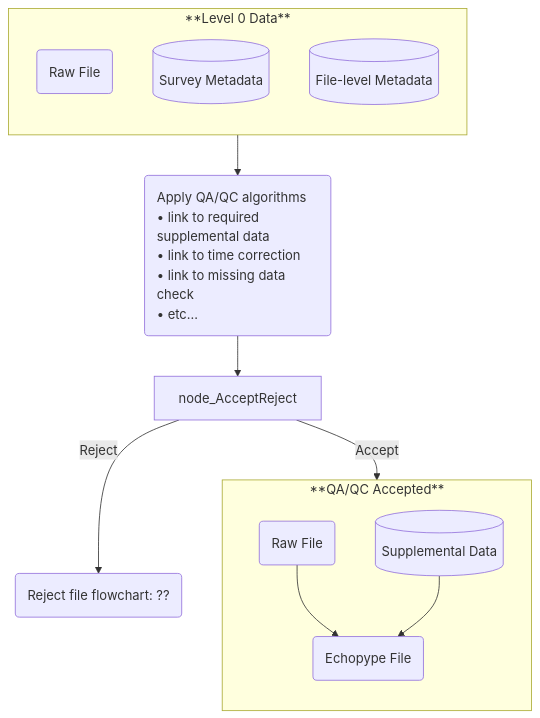
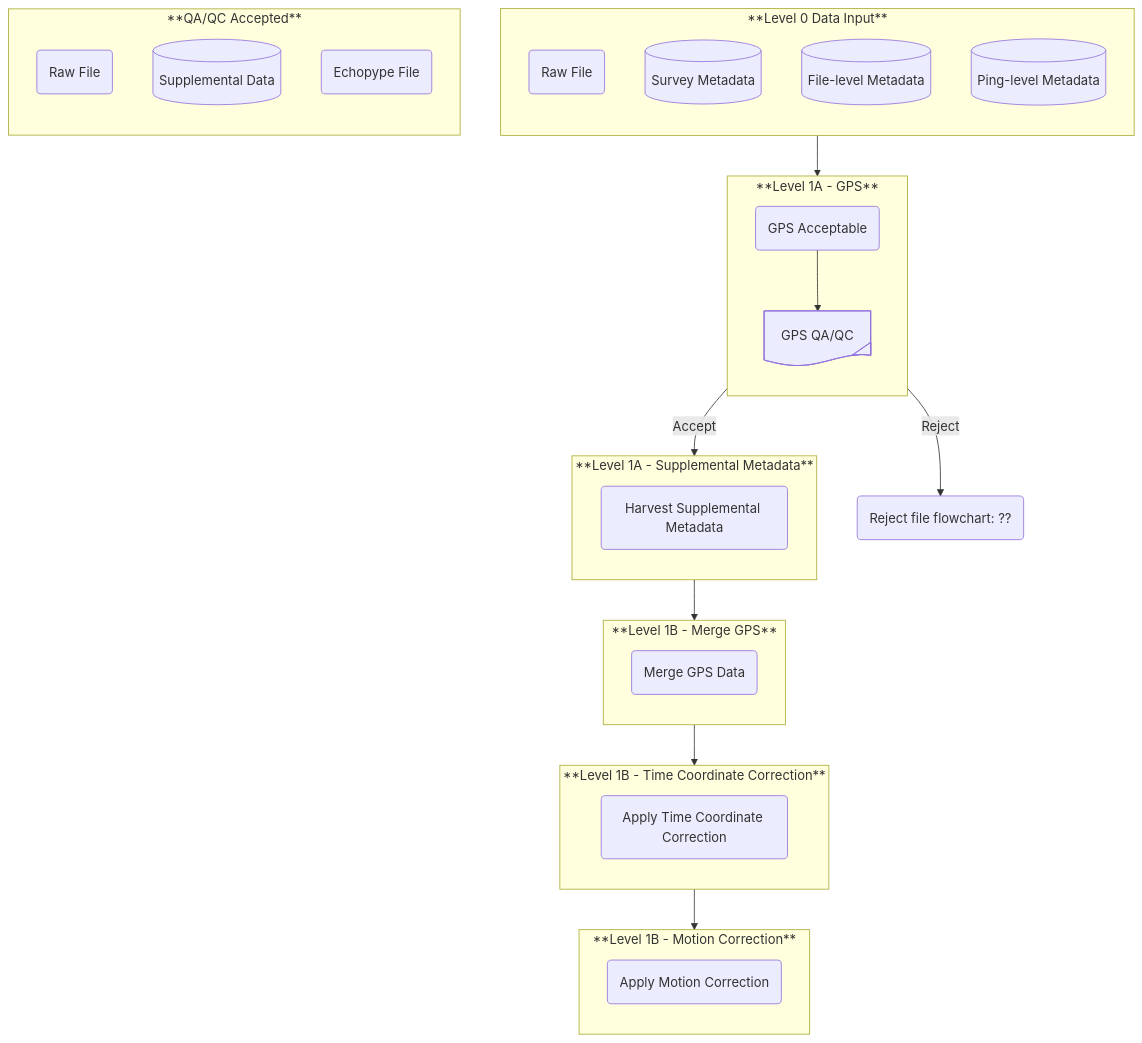
One commit to nmfs-ost/AA-SI_DataRoadMap changed the second of 2 diagrams in README.md. Above: the diagram before and after it, drawn with Mermaid. The commit also changed other lines of this file, not shown here.

Commit message:
Level 1 flowchart
Updated flowchart subgraphs and metadata descriptions for Level 0 and Level 1 data.

````diff
--- a/README.md
+++ b/README.md
@@ -120,24 +121,50 @@
 ```mermaid
 flowchart TB
-    subgraph SG_L0Data["**Level 0 Data**"]
+    subgraph SG_L1_InputData["**Level 0 Data Input**"]
         direction TB
-        node_L0RF@{ shape: rounded, label: "Raw File" }
-        node_L0SMD@{ shape: database, label: "Survey Metadata" }
-        node_RFMD@{ shape: database, label: "File-level Metadata" }
+        node_L0_RD@{ shape: rounded, label: "Raw File" }
+        node_L0_SMD@{ shape: database, label: "Survey Metadata" }
+        node_L0_FMD@{ shape: database, label: "File-level Metadata" }
+        node_L0_PMD@{ shape: database, label: "Ping-level Metadata" }
     end
-    subgraph SG_AcceptFile["**QA/QC Accepted**"]
+    subgraph SG_L1A_GPS["**Level 1A - GPS**"]
         direction TB
-        node_L0RF1@{ shape: rounded, label: "Raw File" }
+        node_L1A_GPS@{ shape: rounded, label: "GPS Acceptable" } --> node_L1A_GPSOK@{ shape: tag-doc, label: "GPS QA/QC" }
+    end
+    subgraph SG_L1A_MD["**Level 1A - Supplemental Metadata**"]
+        direction TB
+        node_L1A_MD@{ shape: rounded, label: "Harvest Supplemental Metadata" } 
+    end
+    subgraph SG_L1B_MergeGPS["**Level 1B - Merge GPS**"]
+        direction TB
+        node_L1B_MergeGPS@{ shape: rounded, label: "Merge GPS Data" } 
+    end
+    subgraph SG_L1B_TimeCorr["**Level 1B - Time Coordinate Correction**"]
+        direction TB
+        node_L1B_TimeCorr@{ shape: rounded, label: "Apply Time Coordinate Correction" } 
+    end
+    subgraph SG_L1B_Motion["**Level 1B - Motion Correction**"]
+        direction TB
+        node_L1B_Motion@{ shape: rounded, label: "Apply Motion Correction" } 
+    end
+    subgraph SG_L1A_AcceptFile["**QA/QC Accepted**"]
+        direction TB
+        node_L1B_RF1@{ shape: rounded, label: "Raw File" }
         node_RFSD@{ shape: database, label: "Supplemental Data" }
         node_EPF@{ shape: rounded, label: "Echopype File" }
-        node_L0RF1 --> node_EPF
-        node_RFSD --> node_EPF
+        %%node_L0RF1 --> node_EPF
+        %%node_RFSD --> node_EPF
     end
-SG_L0Data --> node_QAQC@{ shape: rounded, label: "Apply QA/QC algorithms<br/>&bull; link to required supplemental data<br/>&bull; link to time correction<br/>&bull; link to missing data check<br/>&bull; etc..." }
-style node_QAQC text-align:left
-node_QAQC --> node_AcceptReject
-node_AcceptReject --> |Accept| SG_AcceptFile
-node_AcceptReject --> |Reject| node_Reject@{ shape: rounded, label: "Reject file flowchart: ??" }
+SG_L1_InputData --> SG_L1A_GPS
+SG_L1A_GPS --> |Accept| SG_L1A_MD
+SG_L1A_GPS --> |Reject| node_Reject@{ shape: rounded, label: "Reject file flowchart: ??" }
+SG_L1A_MD --> SG_L1B_MergeGPS
+SG_L1B_MergeGPS --> SG_L1B_TimeCorr
+SG_L1B_TimeCorr --> SG_L1B_Motion
+%%SG_L1A_GPSnode_AcceptReject --> |Accept| SG_L1AMD
+%%SG_L0Data --> node_QAQC@{ shape: rounded, label: "Apply QA/QC algorithms<br/>&bull; link to required supplemental data<br/>&bull; link to time correction<br/>&bull; link to missing data check<br/>&bull; etc..." }
+%%style node_QAQC text-align:left
+%%node_QAQC --> node_AcceptReject
 
 
 ```
````
